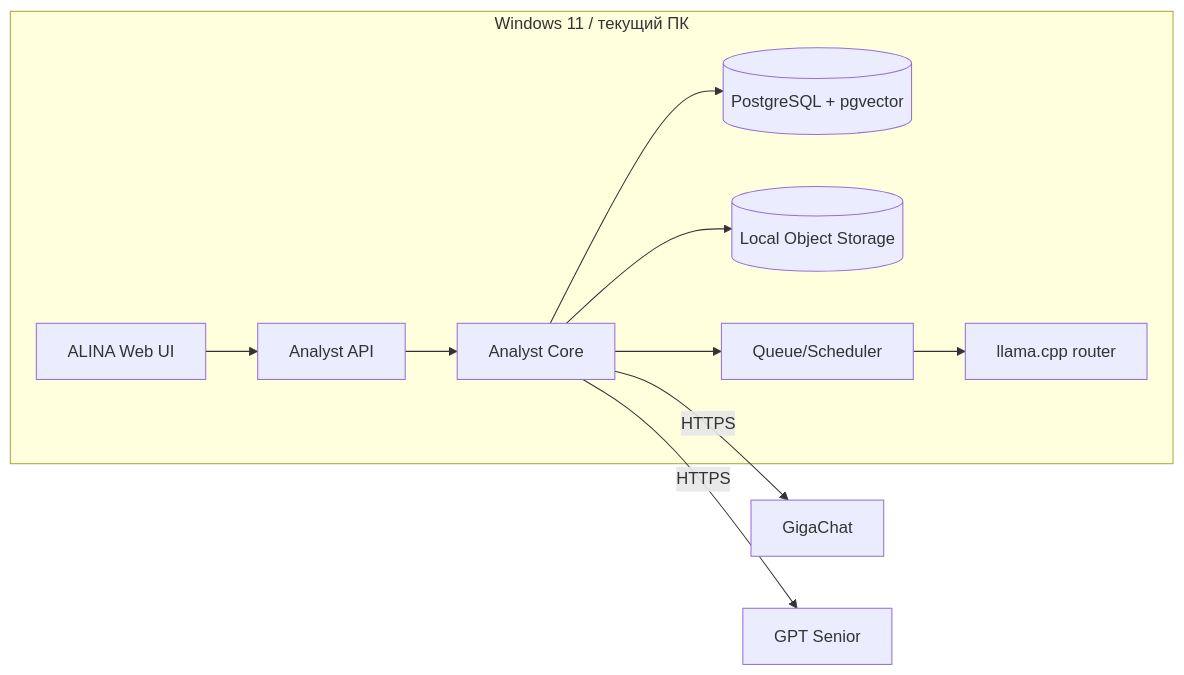
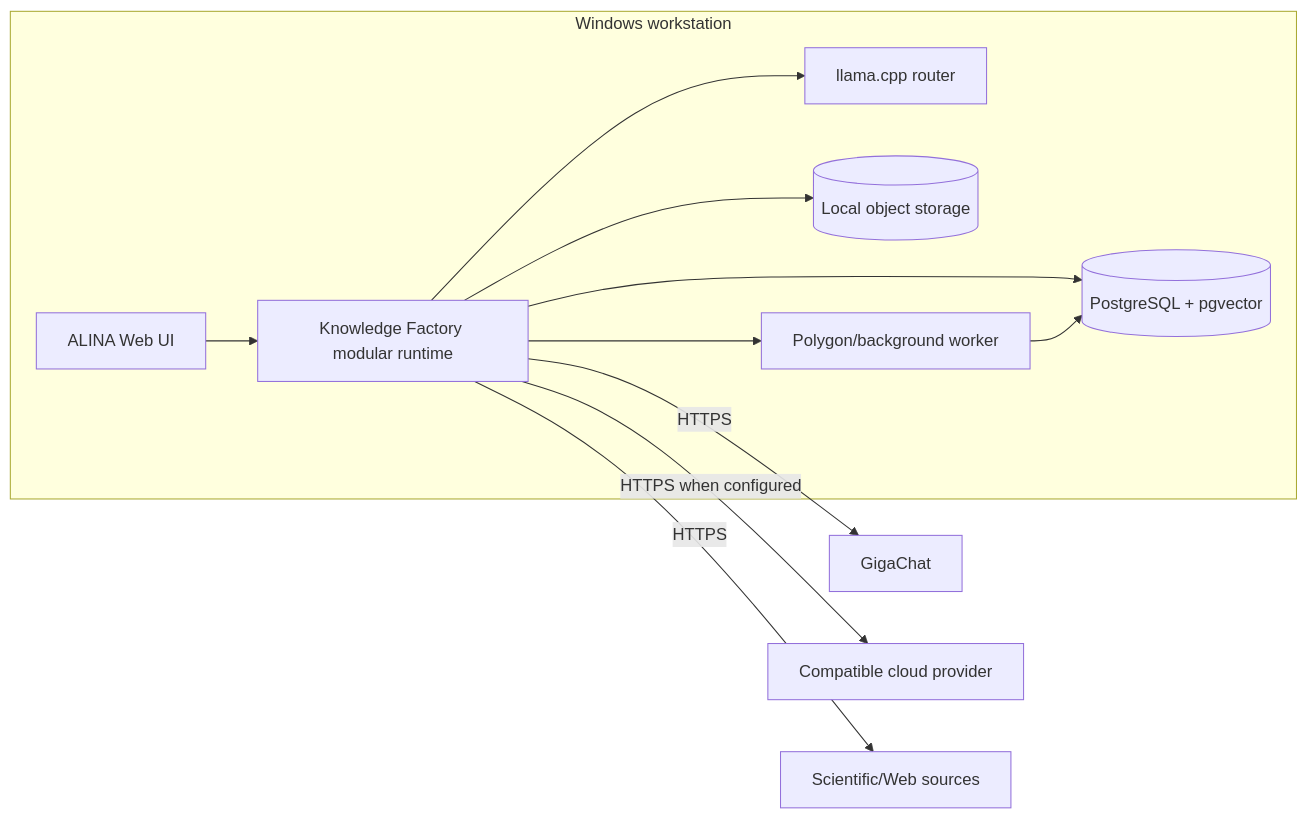
Before and after one commit to VictorKVS/Vibe-coding: the ninth of 10 diagrams in DZ_17/C4_ARCHITECTURE.md, drawn with Mermaid. The commit also changed other lines of this file, not shown here.

Commit message:
design(dz17): align C4 with Knowledge Factory data and security model

````diff
--- a/DZ_17/C4_ARCHITECTURE.md
+++ b/DZ_17/C4_ARCHITECTURE.md
@@ -344,20 +371,22 @@
 ```mermaid
 flowchart LR
-    subgraph PC[Windows 11 / текущий ПК]
+    subgraph PC[Windows workstation]
         UI[ALINA Web UI]
-        API[Analyst API]
-        CORE[Analyst Core]
+        APP[Knowledge Factory modular runtime]
         LLAMA[llama.cpp router]
         PG[(PostgreSQL + pgvector)]
-        FS[(Local Object Storage)]
-        Q[Queue/Scheduler]
-        UI --> API --> CORE
-        CORE --> PG
-        CORE --> FS
-        CORE --> Q
-        Q --> LLAMA
+        FS[(Local object storage)]
+        WORK[Polygon/background worker]
+
+        UI --> APP
+        APP --> PG
+        APP --> FS
+        APP --> LLAMA
+        APP --> WORK
+        WORK --> PG
     end
 
-    CORE -->|HTTPS| GIGA[GigaChat]
-    CORE -->|HTTPS| GPT[GPT Senior]
+    APP -->|HTTPS| GIGA[GigaChat]
+    APP -->|HTTPS when configured| COMP[Compatible cloud provider]
+    APP -->|HTTPS| WEB[Scientific/Web sources]
 ```
````
